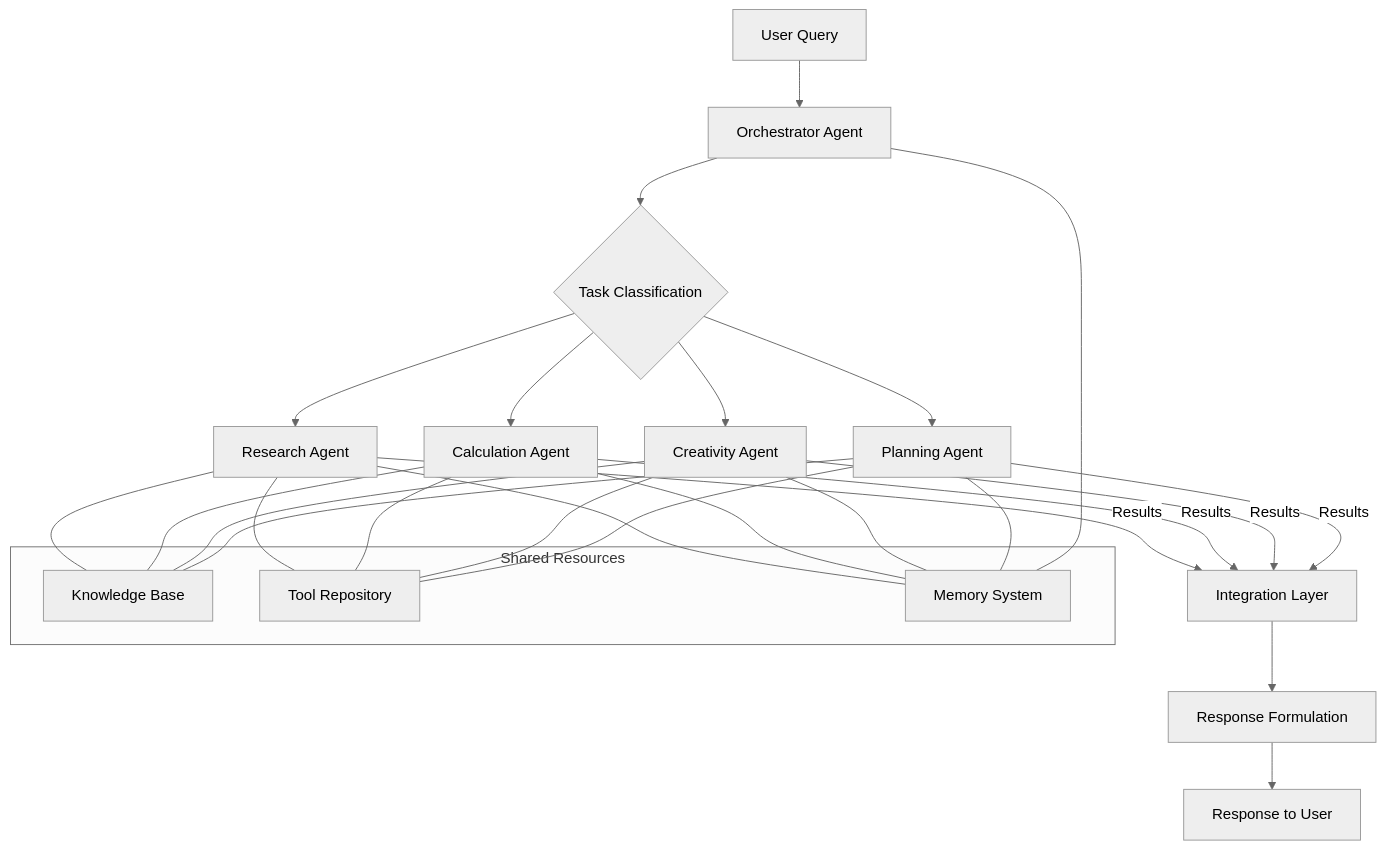
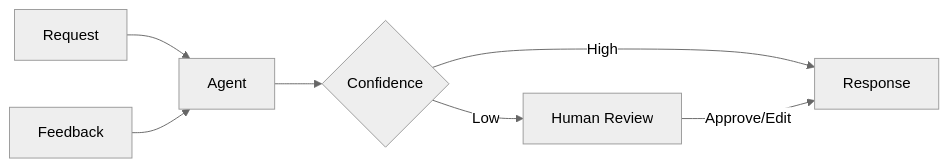
Diagram 21 of 21 in User-Guides/LangChain Agent Platform Admin Guide.md (CRollins6020/CRollins6020), drawn with Mermaid (neutral theme) before and after one commit. The commit also changed other lines of this file, not shown here.

Commit message:
Update LangChain Agent Platform Admin Guide.md

````diff
--- a/User-Guides/LangChain Agent Platform Admin Guide.md
+++ b/User-Guides/LangChain Agent Platform Admin Guide.md
@@ -3998,30 +4182,8 @@
 ```mermaid
-graph TD
-    A[User Query] --> B[Orchestrator Agent]
-    
-    B --> C{Task Classification}
-    
-    C --> D[Research Agent]
-    C --> E[Calculation Agent]
-    C --> F[Creativity Agent]
-    C --> G[Planning Agent]
-    
-    D -->|Results| H[Integration Layer]
-    E -->|Results| H
-    F -->|Results| H
-    G -->|Results| H
-    
-    H --> I[Response Formulation]
-    I --> J[Response to User]
-    
-    subgraph "Shared Resources"
-        K[Knowledge Base]
-        L[Tool Repository]
-        M[Memory System]
-    end
-    
-    D & E & F & G --- K
-    D & E & F & G --- L
-    D & E & F & G --- M
-    B --- M
+    graph LR
+      A[Request]-->B[Agent]-->C{Confidence}
+      C-->|Low|D[Human Review]
+      C-->|High|E[Response]
+      D-->|Approve/Edit|E
+      F[Feedback]-->B
 ```
````
